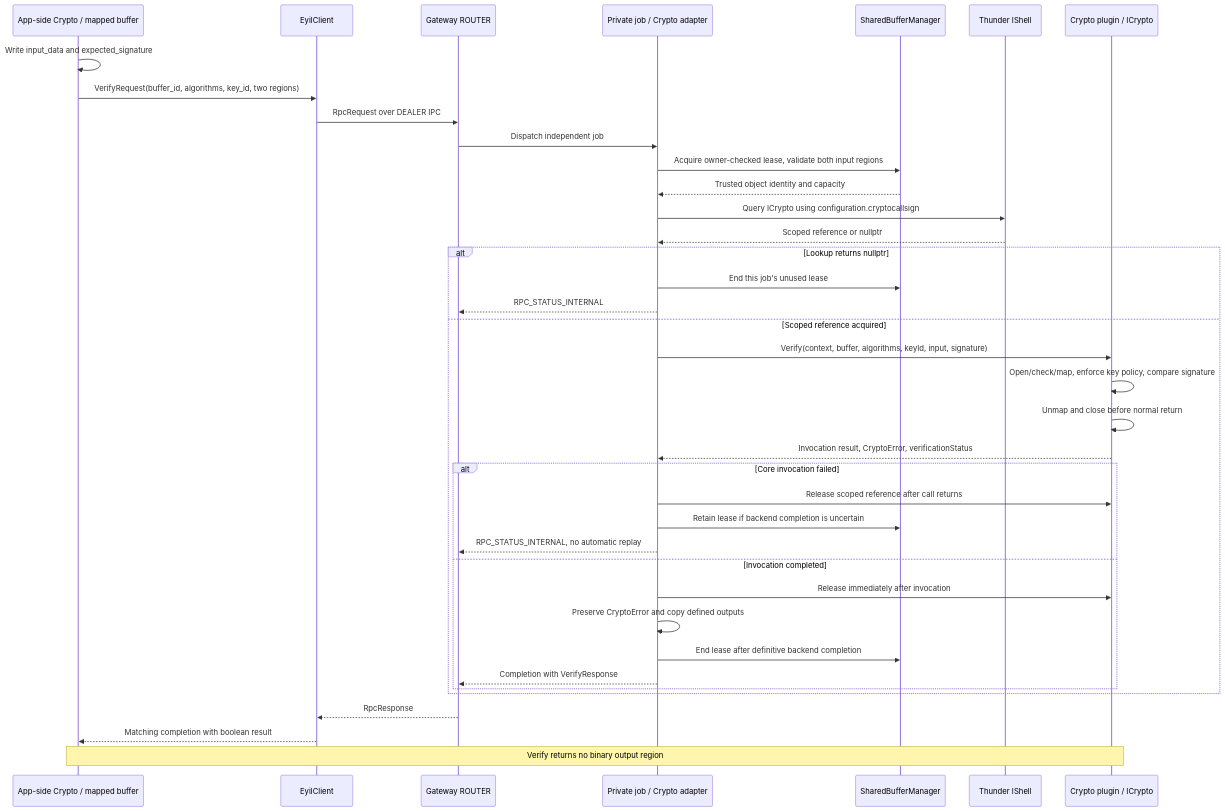
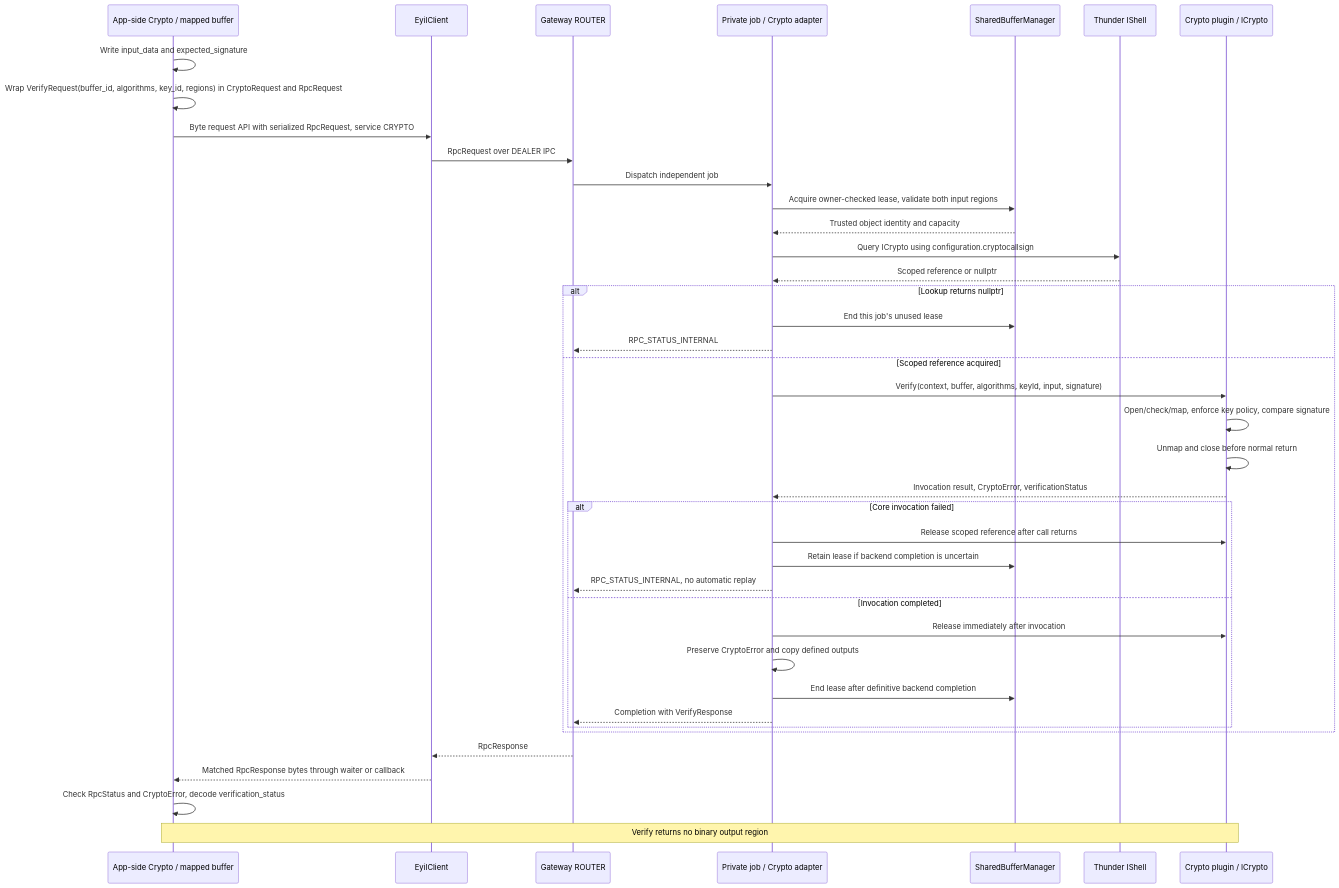
One commit to rdkcentral/eyil-secure-gateway changed diagram 26 of 35 in doc/EyilSecureGateway.md. Above: the diagram before and after it, drawn with Mermaid. The commit also changed other lines of this file, not shown here.

````diff
--- a/doc/EyilSecureGateway.md
+++ b/doc/EyilSecureGateway.md
@@ -3123,40 +3630,42 @@
 ```mermaid
 sequenceDiagram
     participant A as App-side Crypto / mapped buffer
     participant L as EyilClient
     participant R as Gateway ROUTER
     participant J as Private job / Crypto adapter
     participant B as SharedBufferManager
     participant T as Thunder IShell
     participant C as Crypto plugin / ICrypto
     A->>A: Write input_data and expected_signature
-    A->>L: VerifyRequest(buffer_id, algorithms, key_id, two regions)
+    A->>A: Wrap VerifyRequest(buffer_id, algorithms, key_id, regions) in CryptoRequest and RpcRequest
+    A->>L: Byte request API with serialized RpcRequest, service CRYPTO
     L->>R: RpcRequest over DEALER IPC
     R->>J: Dispatch independent job
     J->>B: Acquire owner-checked lease, validate both input regions
     B-->>J: Trusted object identity and capacity
     J->>T: Query ICrypto using configuration.cryptocallsign
     T-->>J: Scoped reference or nullptr
     alt Lookup returns nullptr
         J->>B: End this job's unused lease
         J-->>R: RPC_STATUS_INTERNAL
     else Scoped reference acquired
         J->>C: Verify(context, buffer, algorithms, keyId, input, signature)
         C->>C: Open/check/map, enforce key policy, compare signature
         C->>C: Unmap and close before normal return
         C-->>J: Invocation result, CryptoError, verificationStatus
         alt Core invocation failed
             J->>C: Release scoped reference after call returns
             J->>B: Retain lease if backend completion is uncertain
             J-->>R: RPC_STATUS_INTERNAL, no automatic replay
         else Invocation completed
             J->>C: Release immediately after invocation
             J->>J: Preserve CryptoError and copy defined outputs
             J->>B: End lease after definitive backend completion
             J-->>R: Completion with VerifyResponse
         end
     end
     R-->>L: RpcResponse
-    L-->>A: Matching completion with boolean result
+    L-->>A: Matched RpcResponse bytes through waiter or callback
+    A->>A: Check RpcStatus and CryptoError, decode verification_status
     Note over A,C: Verify returns no binary output region
 ```
````
